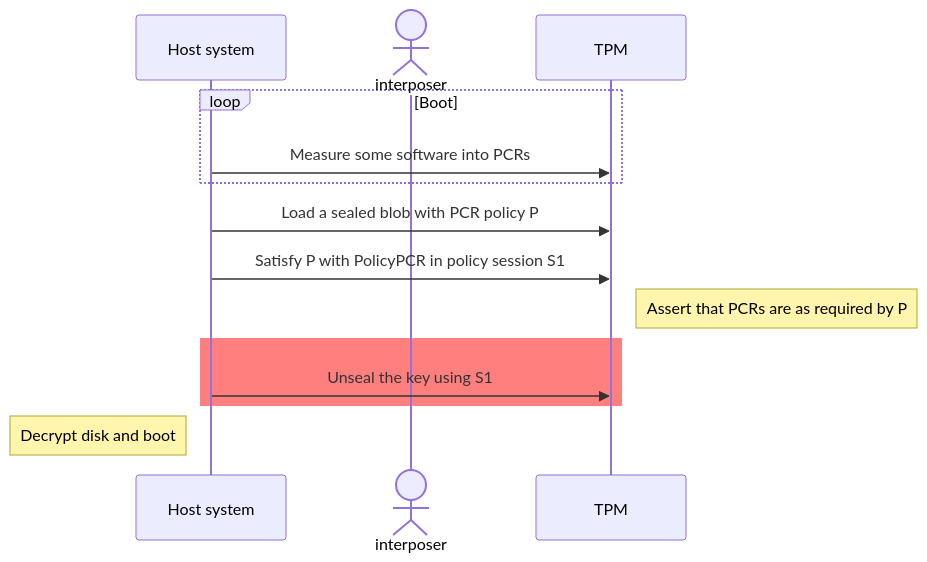
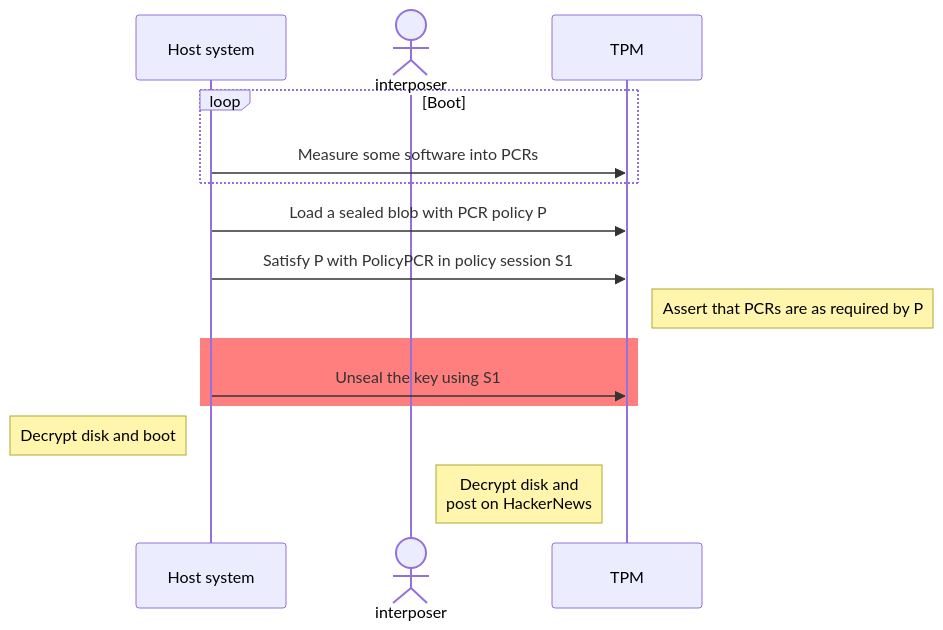
The first of 2 diagrams in _posts/2024-02-07-tpm-genie.md (chrisfenner/chrisfenner.github.io), drawn with Mermaid before and after one commit. The commit also changed other lines of this file, not shown here.

```diff
--- a/_posts/2024-02-07-tpm-genie.md
+++ b/_posts/2024-02-07-tpm-genie.md
@@ -8,17 +9,18 @@
-<div class="mermaid">
+<div class="mermaid" id="fig:interpose">
 sequenceDiagram
     participant host as Host system
     actor interposer as interposer
     participant tpm as TPM
 
     loop Boot
         host->>tpm: Measure some software into PCRs
     end
     host->>tpm: Load a sealed blob with PCR policy P
     host->>tpm: Satisfy P with PolicyPCR in policy session S1
     note right of tpm: Assert that PCRs are as required by P
     rect rgb(255, 127, 127)
         host->>tpm: Unseal the key using S1
     end
     note left of host: Decrypt disk and boot
+    note right of interposer: Decrypt disk and<br/>post on HackerNews
 </div>
```
